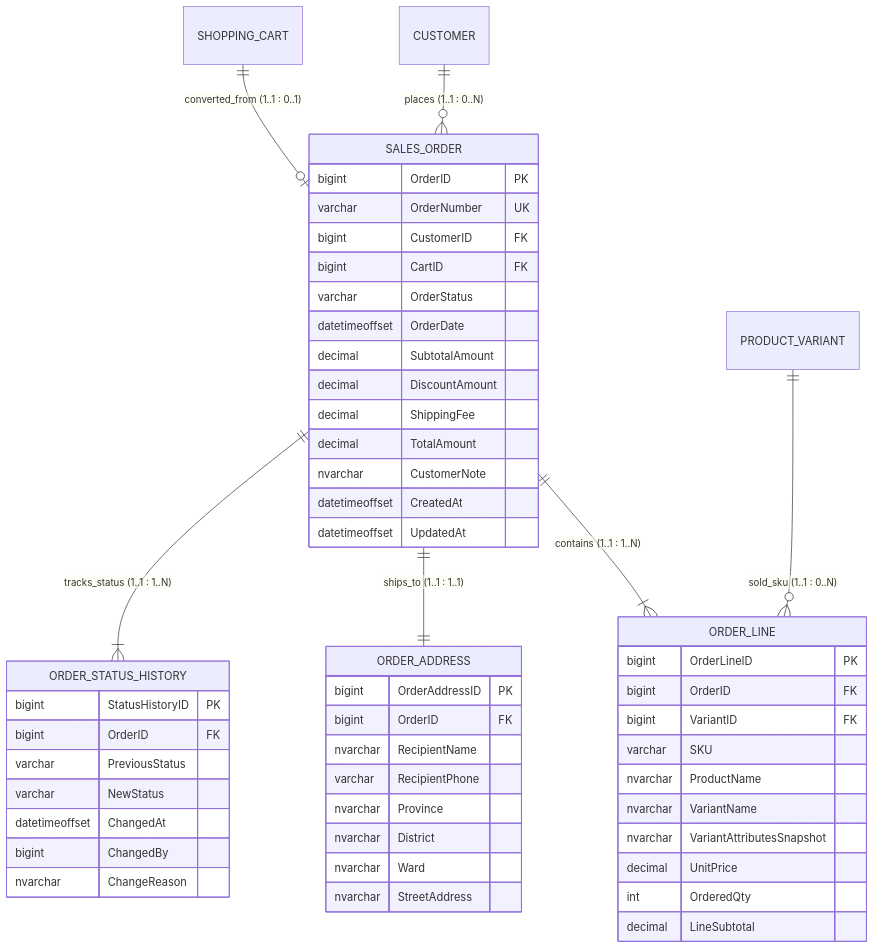
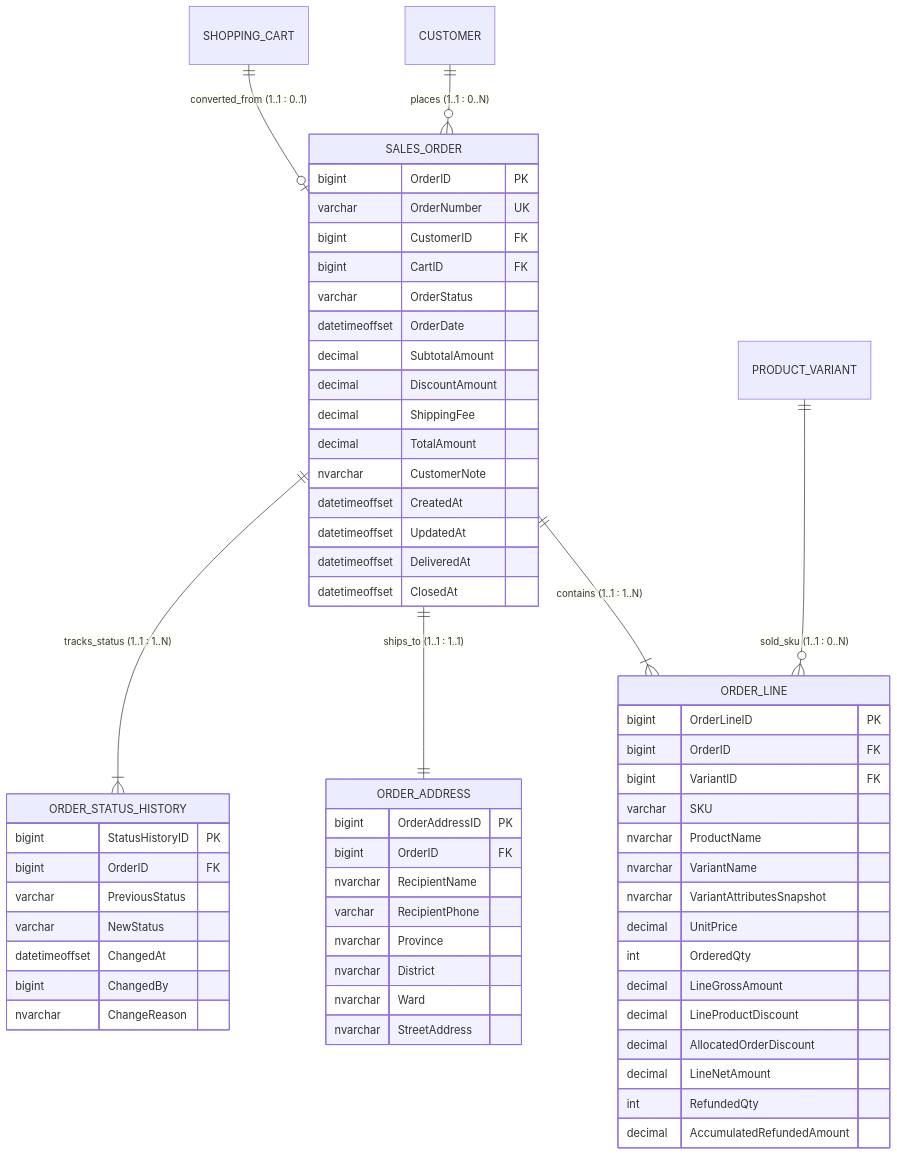
One commit to itzchugnn/RetailCore-E-commerce-Management-System changed the diagram in docs/Milestones/M2-Conceptual-Design/ERD/mermaid/Sales.md. Above: the diagram before and after it, drawn with Mermaid. The commit also changed 11 other files, not shown here.

````diff
--- a/docs/Milestones/M2-Conceptual-Design/ERD/mermaid/Sales.md
+++ b/docs/Milestones/M2-Conceptual-Design/ERD/mermaid/Sales.md
@@ -1,58 +1,65 @@
 ```mermaid
 erDiagram
     CUSTOMER ||--o{ SALES_ORDER : "places (1..1 : 0..N)"
     SHOPPING_CART ||--o| SALES_ORDER : "converted_from (1..1 : 0..1)"
 
     SALES_ORDER ||--|{ ORDER_LINE : "contains (1..1 : 1..N)"
     PRODUCT_VARIANT ||--o{ ORDER_LINE : "sold_sku (1..1 : 0..N)"
 
     SALES_ORDER ||--|| ORDER_ADDRESS : "ships_to (1..1 : 1..1)"
     SALES_ORDER ||--|{ ORDER_STATUS_HISTORY : "tracks_status (1..1 : 1..N)"
 
     SALES_ORDER {
         bigint OrderID PK
         varchar OrderNumber UK
         bigint CustomerID FK
         bigint CartID FK
         varchar OrderStatus
         datetimeoffset OrderDate
         decimal SubtotalAmount
         decimal DiscountAmount
         decimal ShippingFee
         decimal TotalAmount
         nvarchar CustomerNote
         datetimeoffset CreatedAt
         datetimeoffset UpdatedAt
+        datetimeoffset DeliveredAt
+        datetimeoffset ClosedAt
     }
     ORDER_LINE {
         bigint OrderLineID PK
         bigint OrderID FK
         bigint VariantID FK
         varchar SKU
         nvarchar ProductName
         nvarchar VariantName
         nvarchar VariantAttributesSnapshot
         decimal UnitPrice
         int OrderedQty
-        decimal LineSubtotal
+        decimal LineGrossAmount
+        decimal LineProductDiscount
+        decimal AllocatedOrderDiscount
+        decimal LineNetAmount
+        int RefundedQty
+        decimal AccumulatedRefundedAmount
     }
     ORDER_ADDRESS {
         bigint OrderAddressID PK
         bigint OrderID FK
         nvarchar RecipientName
         varchar RecipientPhone
         nvarchar Province
         nvarchar District
         nvarchar Ward
         nvarchar StreetAddress
     }
     ORDER_STATUS_HISTORY {
         bigint StatusHistoryID PK
         bigint OrderID FK
         varchar PreviousStatus
         varchar NewStatus
         datetimeoffset ChangedAt
         bigint ChangedBy
         nvarchar ChangeReason
     }
 ```
````
